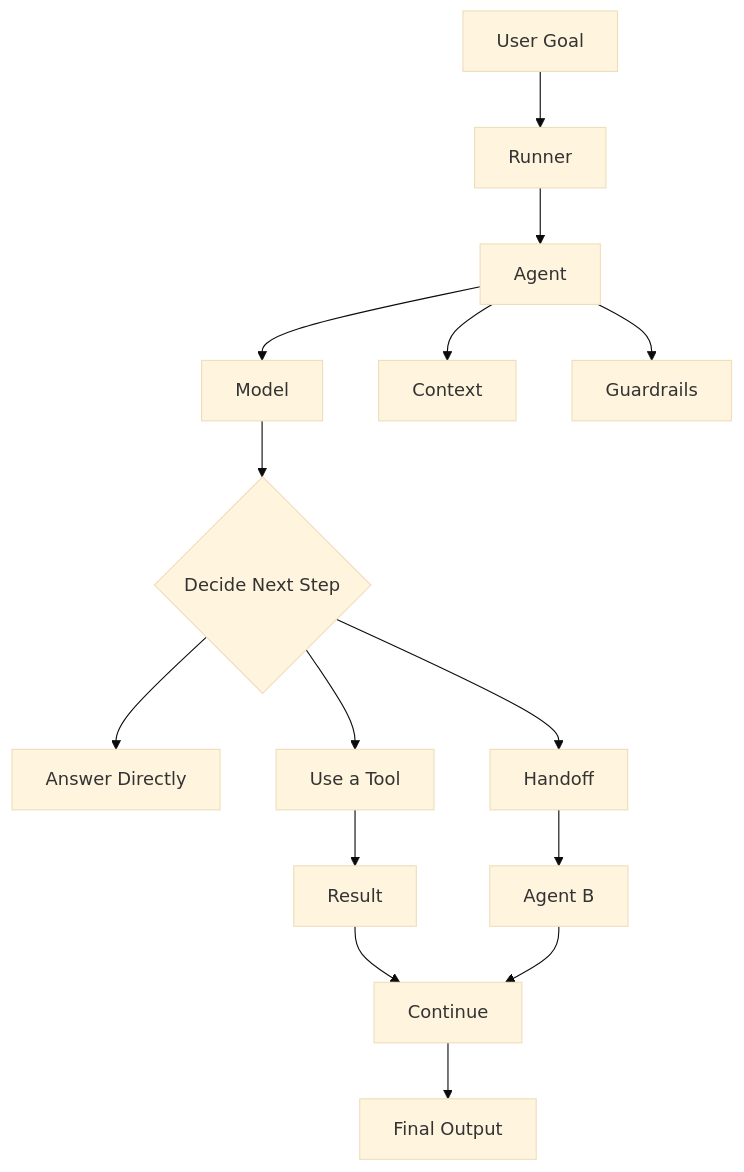
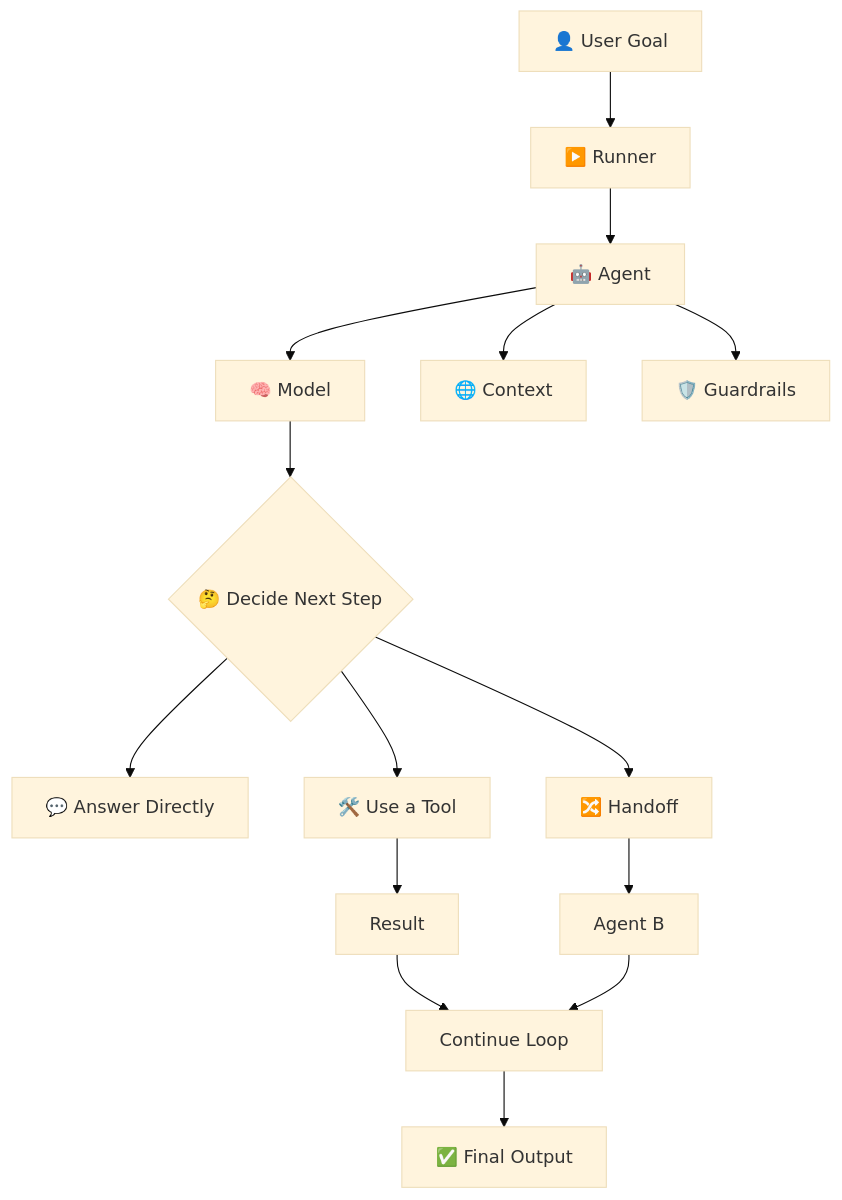
One commit to maliksiddiq/learning-agentic-ai changed diagram 20 of 31 in Agentic Ai Learning/08 Open-ai-agent-sdk/00 Introduction/Readme.md. Above: the diagram before and after it, drawn with Mermaid (base theme). The commit also changed other lines of this file, not shown here.

Commit message:
Introduction OF open-ai-agent-sdk

````diff
--- a/Agentic Ai Learning/08 Open-ai-agent-sdk/00 Introduction/Readme.md
+++ b/Agentic Ai Learning/08 Open-ai-agent-sdk/00 Introduction/Readme.md
@@ -351,17 +451,17 @@
 ```mermaid
 flowchart TD
-    UG[User Goal] --> R[Runner]
-    R --> Ag[Agent]
-    Ag --> M[Model]
-    Ag --> Ctx[Context]
-    Ag --> Gr[Guardrails]
-    M --> Dec{Decide Next Step}
-    Dec --> Ans[Answer Directly]
-    Dec --> Tl[Use a Tool]
-    Dec --> Ho[Handoff]
-    Tl --> Res[Result]
-    Ho --> AgB[Agent B]
-    Res --> Cont[Continue]
+    UG["👤 User Goal"] --> R["▶️ Runner"]
+    R --> Ag["🤖 Agent"]
+    Ag --> M["🧠 Model"]
+    Ag --> Ctx["🌐 Context"]
+    Ag --> Gr["🛡️ Guardrails"]
+    M --> Dec{"🤔 Decide Next Step"}
+    Dec --> Ans["💬 Answer Directly"]
+    Dec --> Tl["🛠️ Use a Tool"]
+    Dec --> Ho["🔀 Handoff"]
+    Tl --> Res["Result"]
+    Ho --> AgB["Agent B"]
+    Res --> Cont["Continue Loop"]
     AgB --> Cont
-    Cont --> Fin[Final Output]
+    Cont --> Fin["✅ Final Output"]
 ```
````
